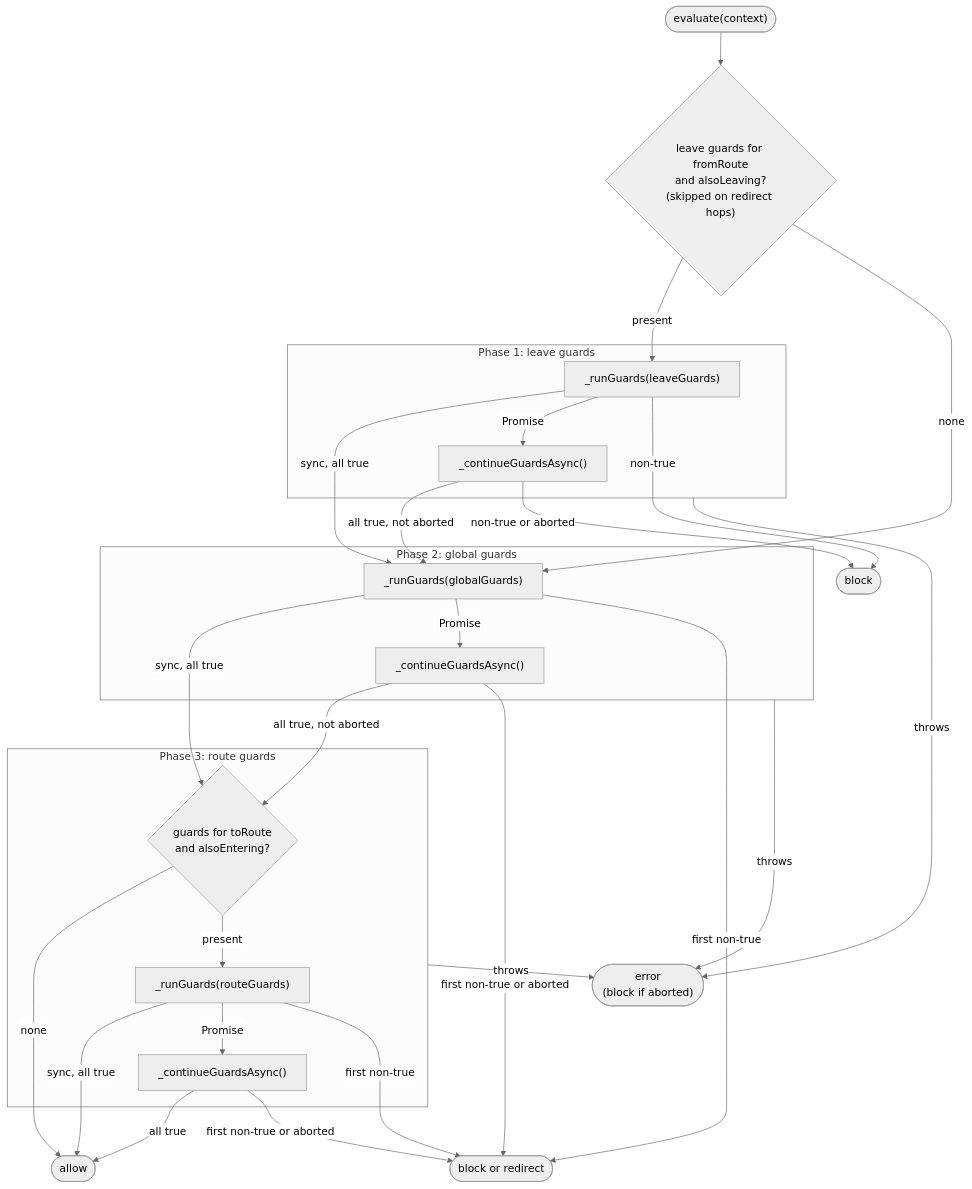
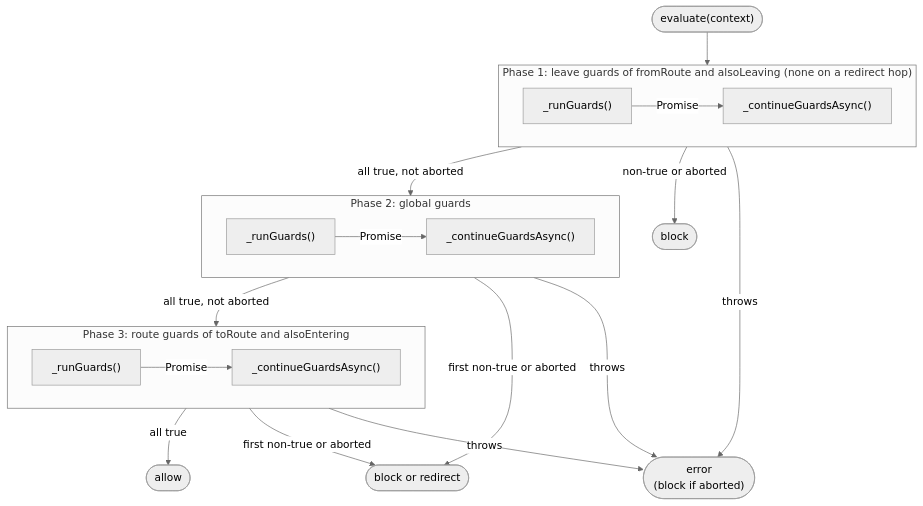
The fifth of 12 diagrams in docs/reference/architecture.md (wridgeu/ui5-lib-guard-router), drawn with Mermaid (neutral theme) before and after one commit. The commit also changed other lines of this file and 6 other files, not shown here.

First line of the commit message:
docs: draw the diagrams narrow, one case each, and colour the overview

````diff
--- a/docs/reference/architecture.md
+++ b/docs/reference/architecture.md
@@ -599,47 +609,28 @@
 ```mermaid
 flowchart TD
-    start(["evaluate(context)"]) --> lcheck{"leave guards for fromRoute<br/>and alsoLeaving?<br/>(skipped on redirect hops)"}
+    start(["evaluate(context)"]) --> phase1
 
-    subgraph phase1 ["Phase 1: leave guards"]
-        lrun["_runGuards(leaveGuards)"]
-        lfin["_continueGuardsAsync()"]
+    subgraph phase1 ["Phase 1: leave guards of fromRoute and alsoLeaving (none on a redirect hop)"]
+        direction LR
+        lrun["_runGuards()"] -- "Promise" --> lfin["_continueGuardsAsync()"]
     end
 
     subgraph phase2 ["Phase 2: global guards"]
-        gsync["_runGuards(globalGuards)"]
-        gfin["_continueGuardsAsync()"]
+        direction LR
+        grun["_runGuards()"] -- "Promise" --> gfin["_continueGuardsAsync()"]
     end
 
-    subgraph phase3 ["Phase 3: route guards"]
-        rcheck{"guards for toRoute<br/>and alsoEntering?"}
-        rsync["_runGuards(routeGuards)"]
-        rfin["_continueGuardsAsync()"]
+    subgraph phase3 ["Phase 3: route guards of toRoute and alsoEntering"]
+        direction LR
+        rrun["_runGuards()"] -- "Promise" --> rfin["_continueGuardsAsync()"]
     end
 
-    lcheck -- "present" --> lrun
-    lcheck -- "none" --> gsync
-    lrun -- "sync, all true" --> gsync
-    lrun -- "Promise" --> lfin
-    lfin -- "all true, not aborted" --> gsync
+    phase1 -- "all true, not aborted" --> phase2
+    phase2 -- "all true, not aborted" --> phase3
+    phase3 -- "all true" --> allow(["allow"])
 
-    gsync -- "sync, all true" --> rcheck
-    gsync -- "Promise" --> gfin
-    gfin -- "all true, not aborted" --> rcheck
-
-    rcheck -- "none" --> allow(["allow"])
-    rcheck -- "present" --> rsync
-    rsync -- "sync, all true" --> allow
-    rsync -- "Promise" --> rfin
-    rfin -- "all true" --> allow
-
-    lrun -- "non-true" --> block(["block"])
-    lfin -- "non-true or aborted" --> block
-    gsync -- "first non-true" --> result(["block or redirect"])
-    gfin -- "first non-true or aborted" --> result
-    rsync -- "first non-true" --> result
-    rfin -- "first non-true or aborted" --> result
-
-    phase1 -- "throws" --> error(["error<br/>(block if aborted)"])
-    phase2 -- "throws" --> error
-    phase3 -- "throws" --> error
+    phase1 -- "non-true or aborted" --> block(["block"])
+    phase2 -- "first non-true or aborted" --> result(["block or redirect"])
+    phase3 -- "first non-true or aborted" --> result
+    phase1 & phase2 & phase3 -- "throws" --> error(["error<br/>(block if aborted)"])
 ```
````
